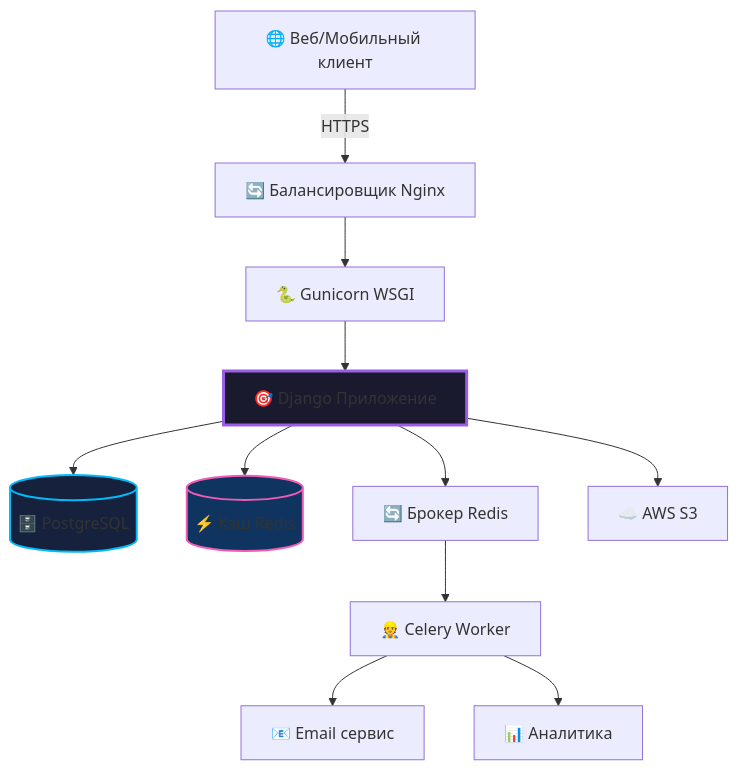
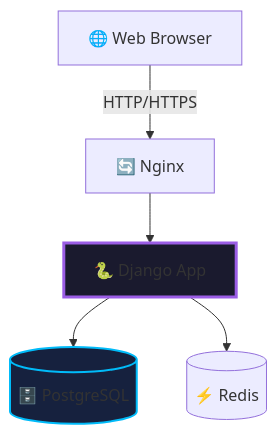
The diagram in README.md (reazonvan/LootLink---Marketplace), drawn with Mermaid before and after one commit. The commit also changed other lines of this file, not shown here.

````diff
--- a/README.md
+++ b/README.md
@@ -168,19 +147,10 @@
 ```mermaid
 graph TB
-    Client[🌐 Веб/Мобильный клиент] -->|HTTPS| LB[🔄 Балансировщик Nginx]
-    LB --> WSGI[🐍 Gunicorn WSGI]
-    WSGI --> App[🎯 Django Приложение]
+    Client[🌐 Web Browser] -->|HTTP/HTTPS| LB[🔄 Nginx]
+    LB --> WSGI[🐍 Django App]
+    WSGI --> DB[(🗄️ PostgreSQL)]
+    WSGI --> Cache[(⚡ Redis)]
     
-    App --> DB[(🗄️ PostgreSQL)]
-    App --> Cache[(⚡ Кэш Redis)]
-    App --> Broker[🔄 Брокер Redis]
-    App --> Storage[☁️ AWS S3]
-    
-    Broker --> Worker[👷 Celery Worker]
-    Worker --> Email[📧 Email сервис]
-    Worker --> Analytics[📊 Аналитика]
-    
-    style App fill:#1a1a2e,stroke:#9b5de5,stroke-width:3px
+    style WSGI fill:#1a1a2e,stroke:#9b5de5,stroke-width:3px
     style DB fill:#16213e,stroke:#00bbf9,stroke-width:2px
-    style Cache fill:#0f3460,stroke:#f15bb5,stroke-width:2px
 ```
````
